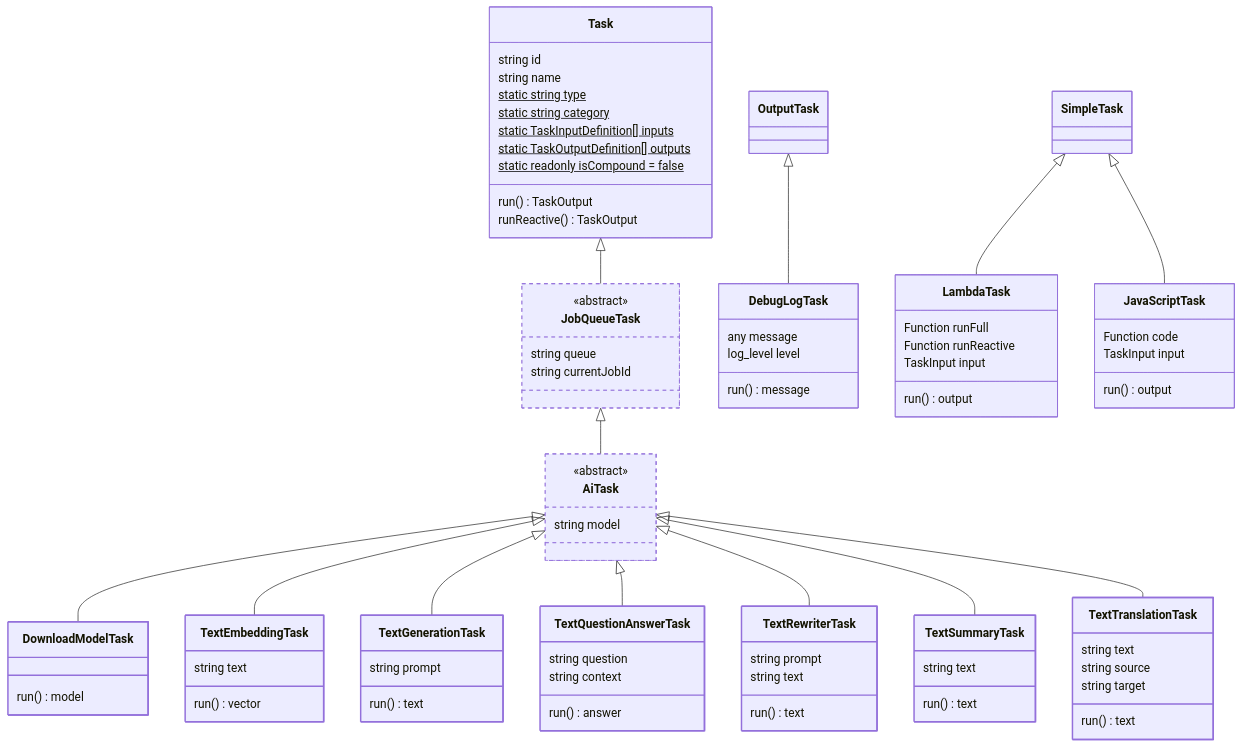
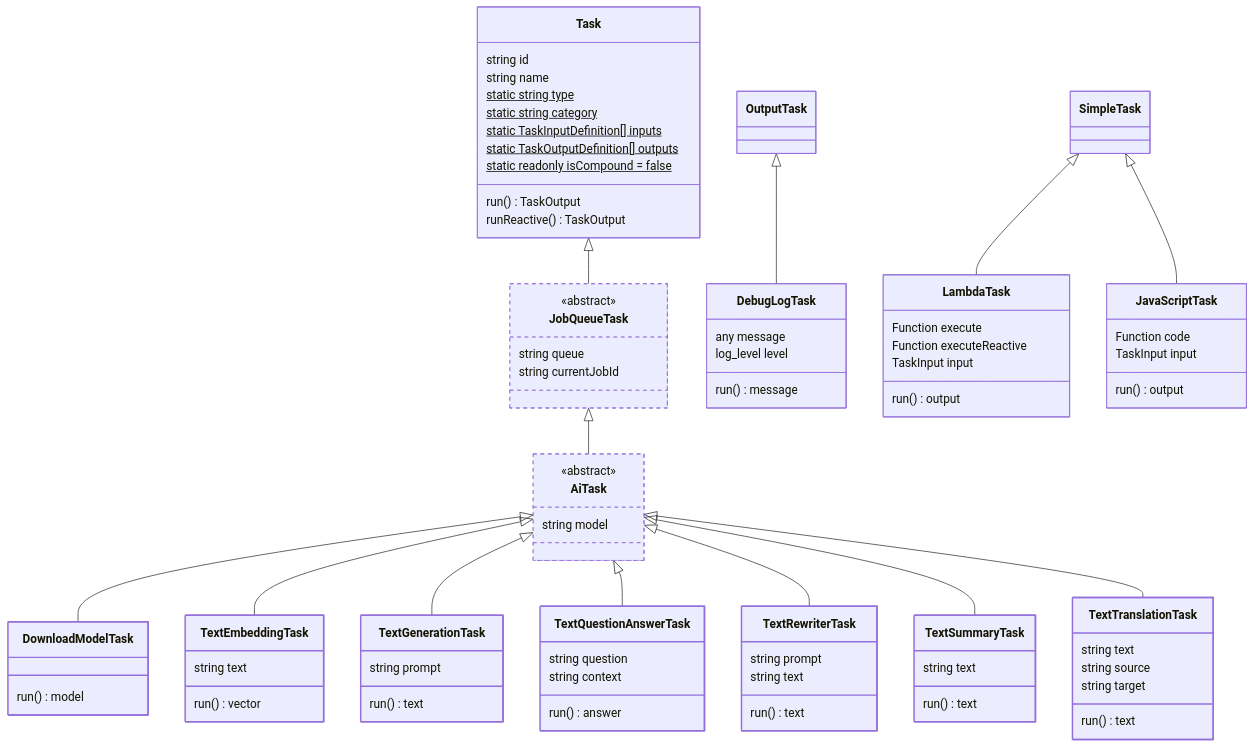
The second of 5 diagrams in docs/developers/02_architecture.md (PodleyAI/podley), drawn with Mermaid before and after one commit. The commit also changed 28 other files, not shown here.

```diff
--- a/docs/developers/02_architecture.md
+++ b/docs/developers/02_architecture.md
@@ -197,8 +197,8 @@
   style DebugLogTask type:output,stroke-width:1px
 
   class LambdaTask{
-    Function runFull
-    Function runReactive
+    Function execute
+    Function executeReactive
     TaskInput input
     run() output
   }
```
